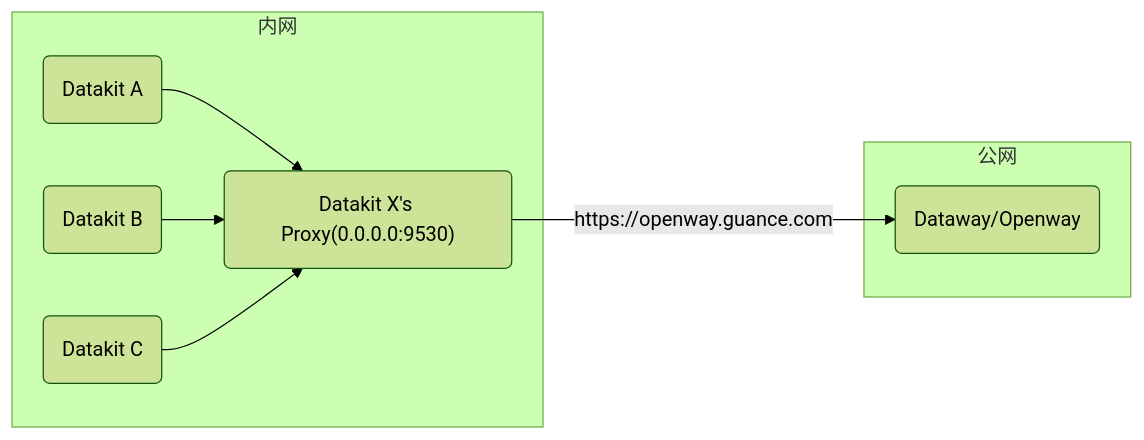
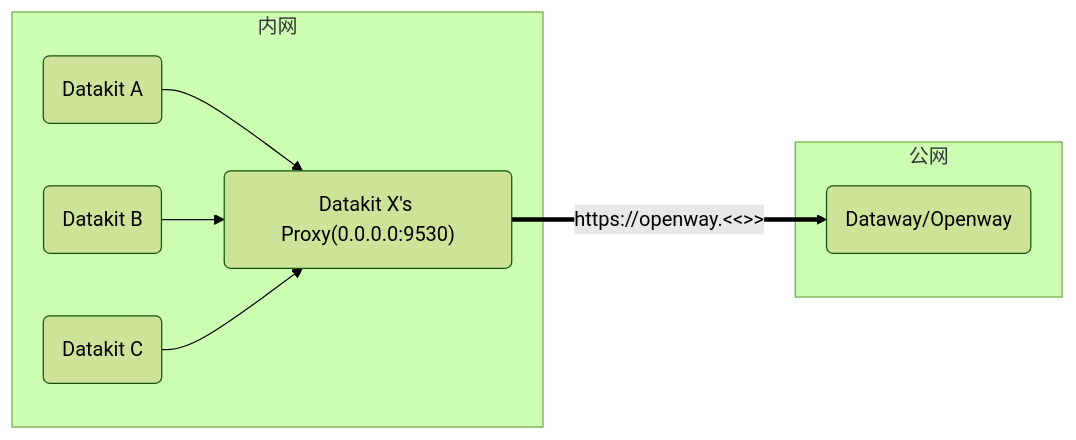
The diagram in internal/export/doc/zh/inputs/proxy.md (GuanceCloud/datakit), drawn with Mermaid (forest theme) before and after one commit. The commit also changed other lines of this file and 333 other files, not shown here.

````diff
--- a/internal/export/doc/zh/inputs/proxy.md
+++ b/internal/export/doc/zh/inputs/proxy.md
@@ -78,18 +78,18 @@
 ``` mermaid
 flowchart LR;
 dk_A(Datakit A);
 dk_B(Datakit B);
 dk_C(Datakit C);
 dk_X_proxy("Datakit X's Proxy(0.0.0.0:9530)");
 dw(Dataway/Openway);
 
 subgraph "内网"
 dk_A --> dk_X_proxy;
 dk_B --> dk_X_proxy;
 dk_C --> dk_X_proxy;
 end
 
 subgraph "公网"
-dk_X_proxy --> |https://openway.guance.com|dw;
+dk_X_proxy ==> |https://openway.<<<custom_key.brand_main_domain>>>|dw;
 end
 ```
````
